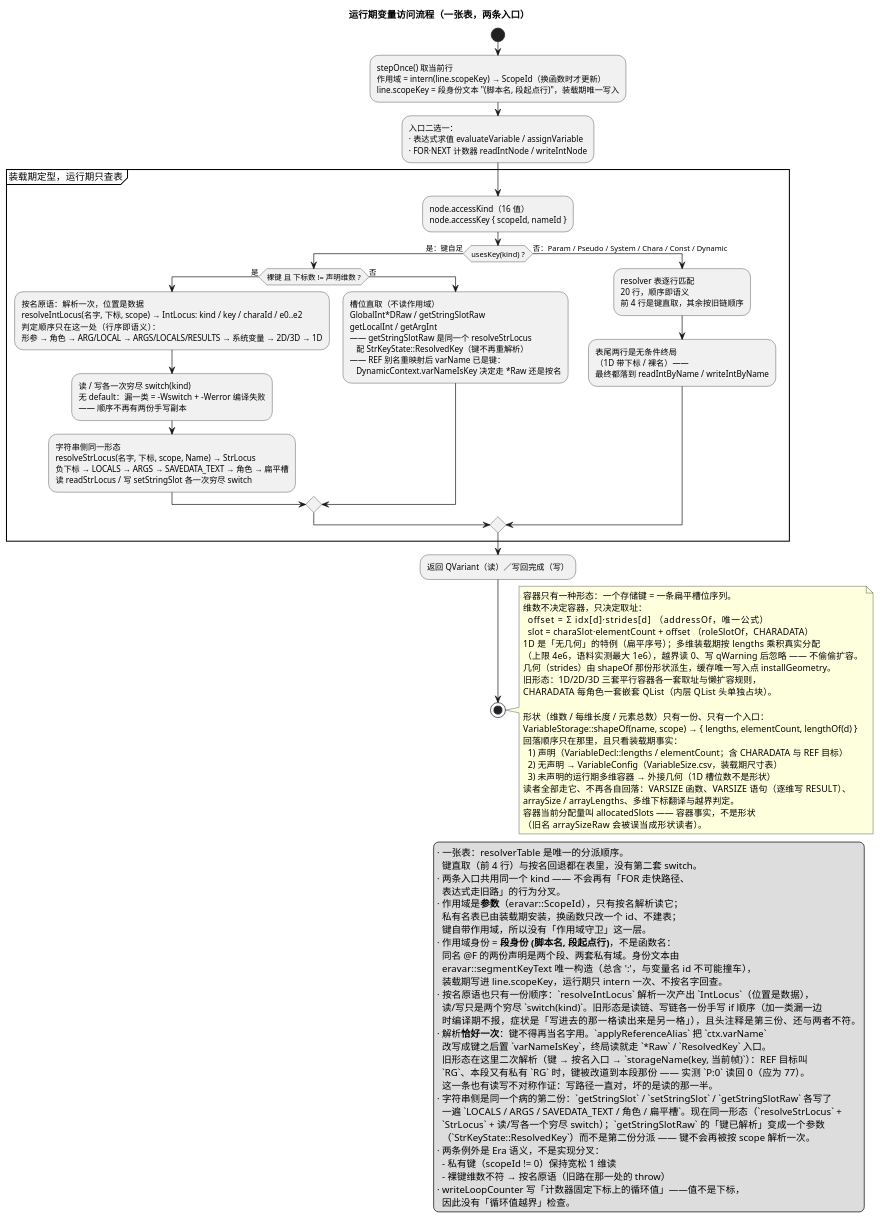
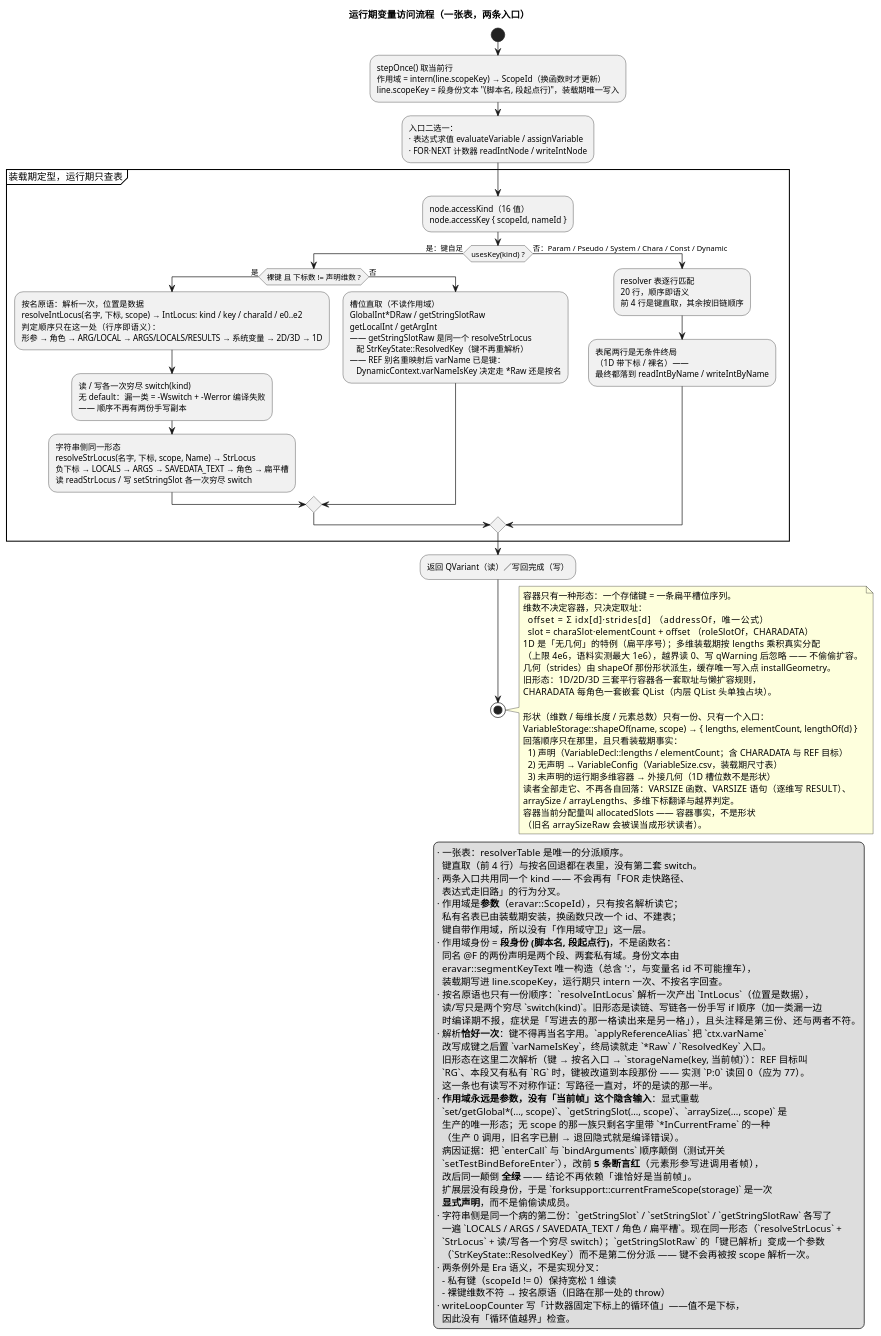
Before and after one commit to yigekuyou/qt-eraemu: the diagram in docs/uml/05-variable-access.puml, drawn with PlantUML. The commit also changed 2 other files, not shown here.

Commit message:
docs/uml 同步：作用域永远是参数，删掉「当前帧」隐含输入
03：VariableStorage 访问器改为「显式 scope 是唯一生产形态 / *InCurrentFrame 生产 0 调用」，
注明旧无 scope 名字已删 = 退回隐式即编译错误。
05：legend 增该条 + 病因证据（颠倒 enterCall/bindArguments：改前 5 红、改后全绿），
扩展层 currentFrameScope 是显式声明。
README：口径增「删掉当前帧这个隐含输入」，累计 40。

```diff
--- a/docs/uml/05-variable-access.puml
+++ b/docs/uml/05-variable-access.puml
@@ -1,107 +1,116 @@
 @startuml 05-variable-access
 ' 无 graphviz(dot) 时用 PlantUML 内置 smetana 布局引擎
 !pragma layout smetana
 ' 竖直排列 if/elseif，避免横向漂移（旧版本忽略此行也能渲染）
 !pragma useVerticalIf on
 ' emuera —— 运行期变量访问：两条入口 → 一张表 → 唯一按名原语
 ' 渲染：plantuml -tpng docs/uml/05-variable-access.puml
 title 运行期变量访问流程（一张表，两条入口）
 
 start
 :stepOnce() 取当前行
 作用域 = intern(line.scopeKey) → ScopeId（换函数时才更新）
 line.scopeKey = 段身份文本 "(脚本名, 段起点行)"，装载期唯一写入;
 :入口二选一：
 · 表达式求值 evaluateVariable / assignVariable
 · FOR·NEXT 计数器 readIntNode / writeIntNode;
 
 partition "装载期定型，运行期只查表" {
   :node.accessKind（16 值）
   node.accessKey { scopeId, nameId };
   if (usesKey(kind) ?) then (是：键自足)
     if (裸键 且 下标数 != 声明维数 ?) then (是)
       :按名原语：解析一次，位置是数据
       resolveIntLocus(名字, 下标, scope) → IntLocus: kind / key / charaId / e0..e2
       判定顺序只在这一处（行序即语义）：
       形参 → 角色 → ARG/LOCAL → ARGS/LOCALS/RESULTS → 系统变量 → 2D/3D → 1D;
       :读 / 写各一次穷尽 switch(kind)
       无 default：漏一类 = -Wswitch + -Werror 编译失败
       —— 顺序不再有两份手写副本;
       :字符串侧同一形态
       resolveStrLocus(名字, 下标, scope, Name) → StrLocus
       负下标 → LOCALS → ARGS → SAVEDATA_TEXT → 角色 → 扁平槽
       读 readStrLocus / 写 setStringSlot 各一次穷尽 switch;
     else (否)
       :槽位直取（不读作用域）
       GlobalInt*DRaw / getStringSlotRaw
       getLocalInt / getArgInt
       —— getStringSlotRaw 是同一个 resolveStrLocus
          配 StrKeyState::ResolvedKey（键不再重解析）
       —— REF 别名重映射后 varName 已是键：
          DynamicContext.varNameIsKey 决定走 *Raw 还是按名;
     endif
   else (否：Param / Pseudo / System / Chara / Const / Dynamic)
     :resolver 表逐行匹配
     20 行，顺序即语义
     前 4 行是键直取，其余按旧链顺序;
     :表尾两行是无条件终局
     （1D 带下标 / 裸名）——
     最终都落到 readIntByName / writeIntByName;
   endif
 }
 :返回 QVariant（读）／写回完成（写）;
 stop
 
 legend right
   · 一张表：resolverTable 是唯一的分派顺序。
     键直取（前 4 行）与按名回退都在表里，没有第二套 switch。
   · 两条入口共用同一个 kind —— 不会再有「FOR 走快路径、
     表达式走旧路」的行为分叉。
   · 作用域是**参数**（eravar::ScopeId），只有按名解析读它；
     私有名表已由装载期安装，换函数只改一个 id、不建表；
     键自带作用域，所以没有「作用域守卫」这一层。
   · 作用域身份 = **段身份 (脚本名, 段起点行)**，不是函数名：
     同名 @F 的两份声明是两个段、两套私有域。身份文本由
     eravar::segmentKeyText 唯一构造（总含 ':'，与变量名 id 不可能撞车），
     装载期写进 line.scopeKey，运行期只 intern 一次、不按名字回查。
   · 按名原语也只有一份顺序：`resolveIntLocus` 解析一次产出 `IntLocus`（位置是数据），
     读/写只是两个穷尽 `switch(kind)`。旧形态是读链、写链各一份手写 if 顺序（加一类漏一边
     时编译期不报，症状是「写进去的那一格读出来是另一格」），且头注释是第三份、还与两者不符。
   · 解析**恰好一次**：键不得再当名字用。`applyReferenceAlias` 把 `ctx.varName`
     改写成键之后置 `varNameIsKey`，终局读就走 `*Raw` / `ResolvedKey` 入口。
     旧形态在这里二次解析（键 → 按名入口 → `storageName(key, 当前帧)`）：REF 目标叫
     `RG`、本段又有私有 `RG` 时，键被改道到本段那份 —— 实测 `P:0` 读回 0（应为 77）。
     这一条也有读写不对称作证：写路径一直对，坏的是读的那一半。
+  · **作用域永远是参数，没有「当前帧」这个隐含输入**：显式重载
+    `set/getGlobal*(…, scope)`、`getStringSlot(…, scope)`、`arraySize(…, scope)` 是
+    生产的唯一形态；无 scope 的那一族只剩名字里带 `*InCurrentFrame` 的一种
+    （生产 0 调用，旧名字已删 → 退回隐式就是编译错误）。
+    病因证据：把 `enterCall` 与 `bindArguments` 顺序颠倒（测试开关
+    `setTestBindBeforeEnter`），改前 **5 条断言红**（元素形参写进调用者帧），
+    改后同一颠倒 **全绿** —— 结论不再依赖「谁恰好是当前帧」。
+    扩展层没有段身份，于是 `forksupport::currentFrameScope(storage)` 是一次
+    **显式声明**，而不是偷偷读成员。
   · 字符串侧是同一个病的第二份：`getStringSlot` / `setStringSlot` / `getStringSlotRaw` 各写了
     一遍 `LOCALS / ARGS / SAVEDATA_TEXT / 角色 / 扁平槽`。现在同一形态（`resolveStrLocus` +
     `StrLocus` + 读/写各一个穷尽 switch）；`getStringSlotRaw` 的「键已解析」变成一个参数
     （`StrKeyState::ResolvedKey`）而不是第二份分派 —— 键不会再被按 scope 解析一次。
   · 两条例外是 Era 语义，不是实现分叉：
     - 私有键（scopeId != 0）保持宽松 1 维读
     - 裸键维数不符 → 按名原语（旧路在那一处的 throw）
   · writeLoopCounter 写「计数器固定下标上的循环值」——值不是下标，
     因此没有「循环值越界」检查。
 endlegend
 note right
   容器只有一种形态：一个存储键 = 一条扁平槽位序列。
   维数不决定容器，只决定取址：
     offset = Σ idx[d]·strides[d]             （addressOf，唯一公式）
     slot   = charaSlot·elementCount + offset （roleSlotOf，CHARADATA）
   1D 是「无几何」的特例（扁平序号）；多维装载期按 lengths 乘积真实分配
   （上限 4e6，语料实测最大 1e6），越界读 0、写 qWarning 后忽略 —— 不偷偷扩容。
   几何（strides）由 shapeOf 那份形状派生，缓存唯一写入点 installGeometry。
   旧形态：1D/2D/3D 三套平行容器各一套取址与懒扩容规则，
   CHARADATA 每角色一套嵌套 QList（内层 QList 头单独占块）。
 
   形状（维数 / 每维长度 / 元素总数）只有一份、只有一个入口：
   VariableStorage::shapeOf(name, scope) → { lengths, elementCount, lengthOf(d) }
   回落顺序只在那里，且只看装载期事实：
     1) 声明（VariableDecl::lengths / elementCount；含 CHARADATA 与 REF 目标）
     2) 无声明 → VariableConfig（VariableSize.csv，装载期尺寸表）
     3) 未声明的运行期多维容器 → 外接几何（1D 槽位数不是形状）
   读者全部走它、不再各自回落：VARSIZE 函数、VARSIZE 语句（逐维写 RESULT）、
   arraySize / arrayLengths、多维下标翻译与越界判定。
   容器当前分配量叫 allocatedSlots —— 容器事实，不是形状
   （旧名 arraySizeRaw 会被误当成形状读者）。
 end note
 @enduml
```
